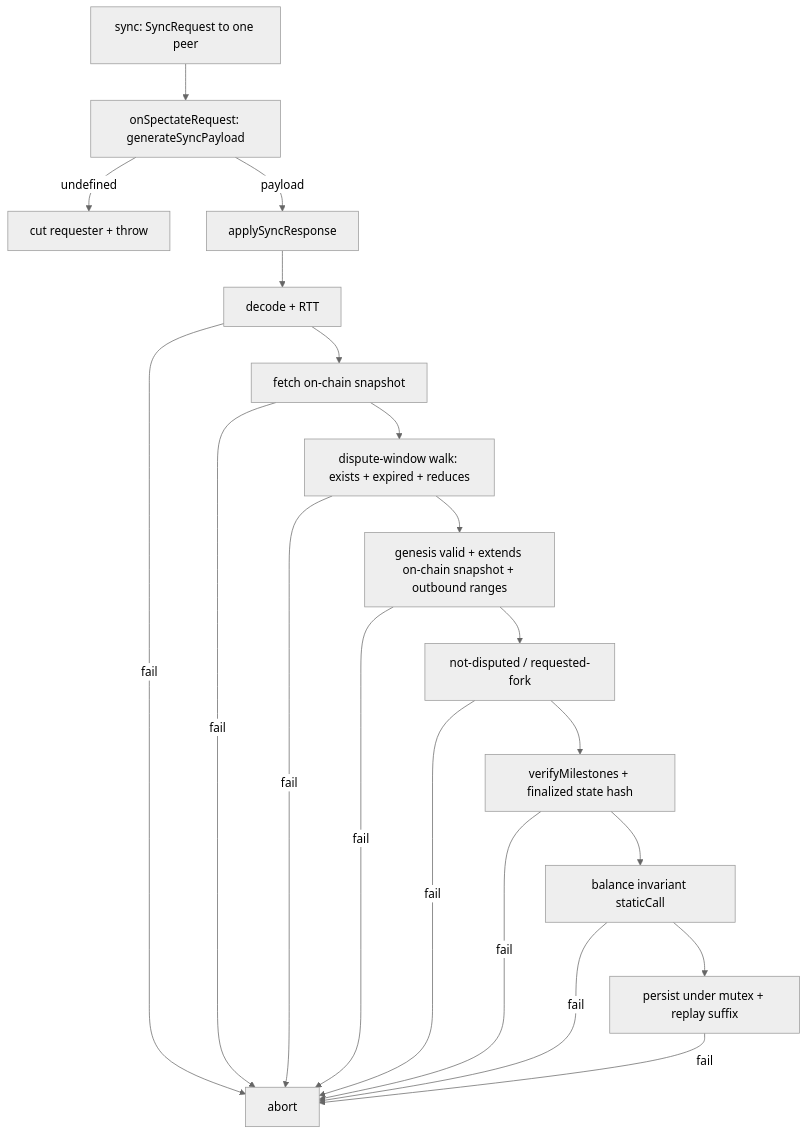
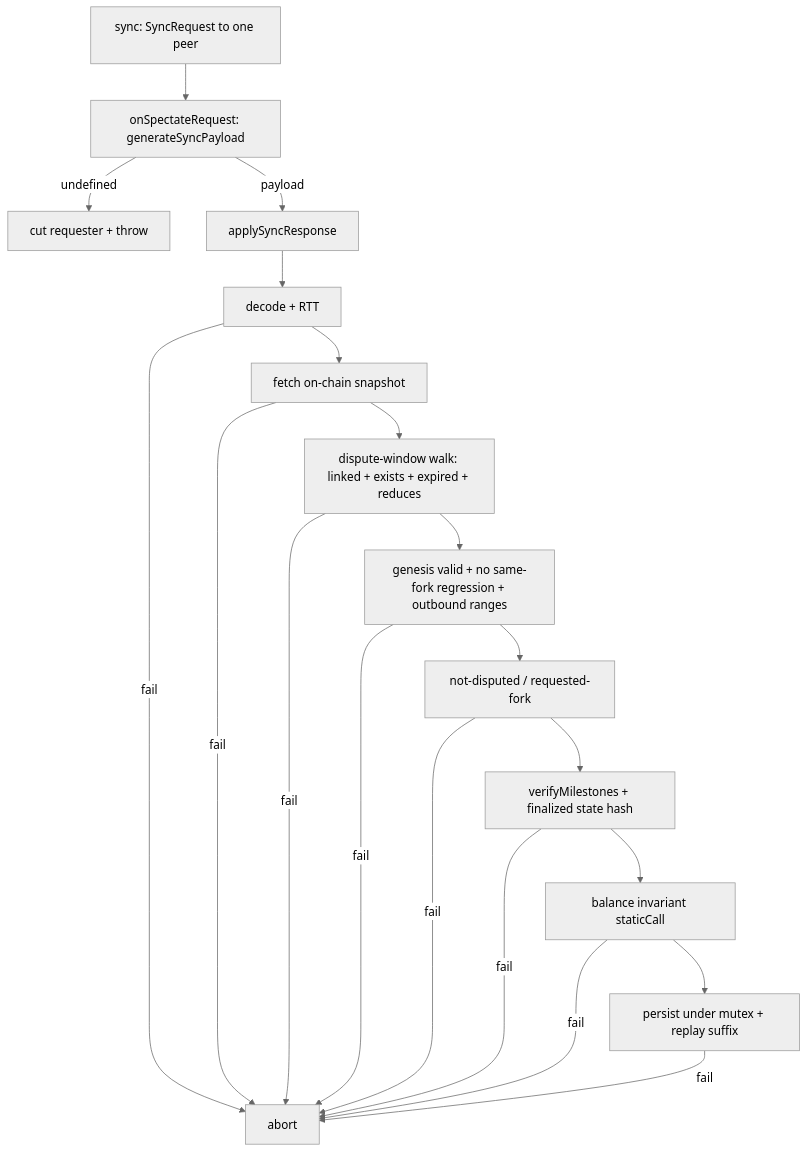
The diagram in docs/spec/implementation/views/architecture/sdk/rpc/spectate.md (peer3to/state-channels-plus), drawn with Mermaid (neutral theme) before and after one commit. The commit also changed other lines of this file and 23 other files, not shown here.

First line of the commit message:
require unbroken dispute-window chain in sync; move regression check to TS

````diff
--- a/docs/spec/implementation/views/architecture/sdk/rpc/spectate.md
+++ b/docs/spec/implementation/views/architecture/sdk/rpc/spectate.md
@@ -182,15 +185,15 @@
 ```mermaid
 flowchart TD
     RQ[sync: SyncRequest to one peer] --> RESP[onSpectateRequest: generateSyncPayload]
     RESP -- undefined --> CUT[cut requester + throw]
     RESP -- payload --> AV[applySyncResponse]
     AV --> V1[decode + RTT]
     V1 --> V2[fetch on-chain snapshot]
-    V2 --> V3[dispute-window walk: exists + expired + reduces]
-    V3 --> V4[genesis valid + extends on-chain snapshot + outbound ranges]
+    V2 --> V3[dispute-window walk: linked + exists + expired + reduces]
+    V3 --> V4[genesis valid + no same-fork regression + outbound ranges]
     V4 --> V5[not-disputed / requested-fork]
     V5 --> V6[verifyMilestones + finalized state hash]
     V6 --> V7[balance invariant staticCall]
     V7 --> P[persist under mutex + replay suffix]
     V1 & V2 & V3 & V4 & V5 & V6 & V7 & P -- fail --> AB[abort]
 ```
````
